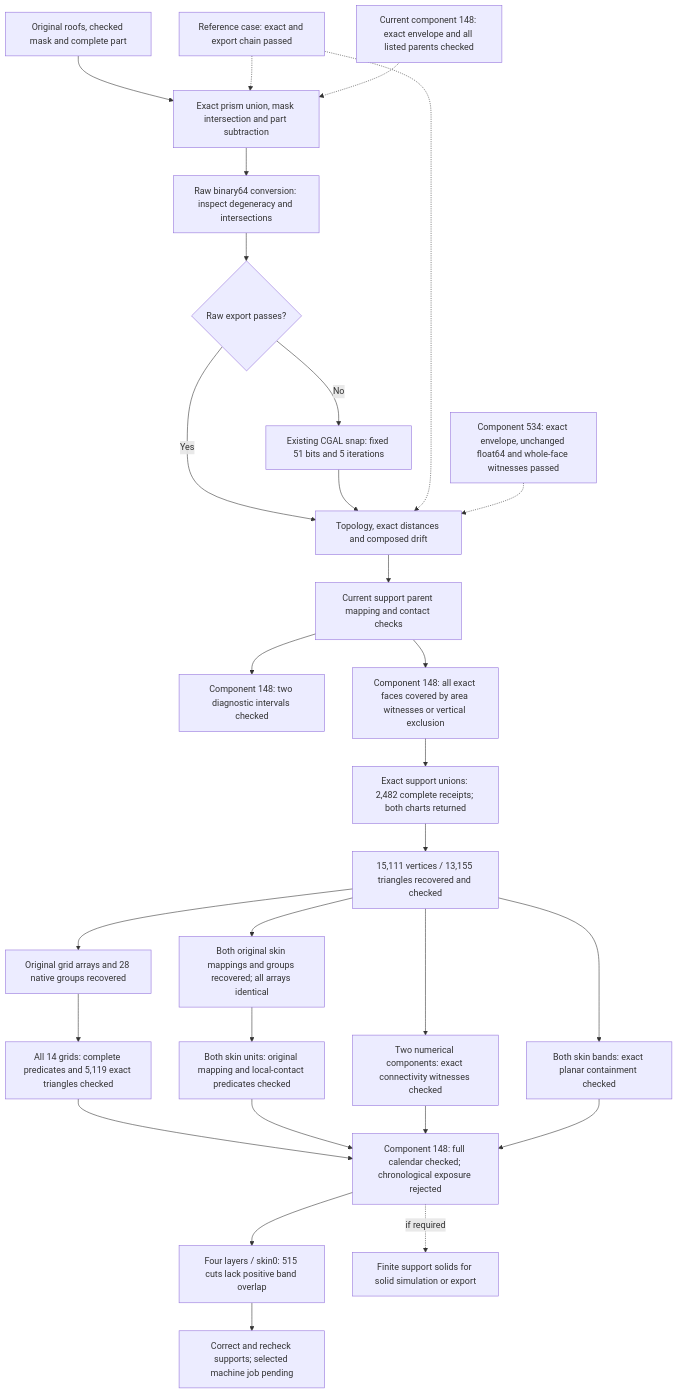
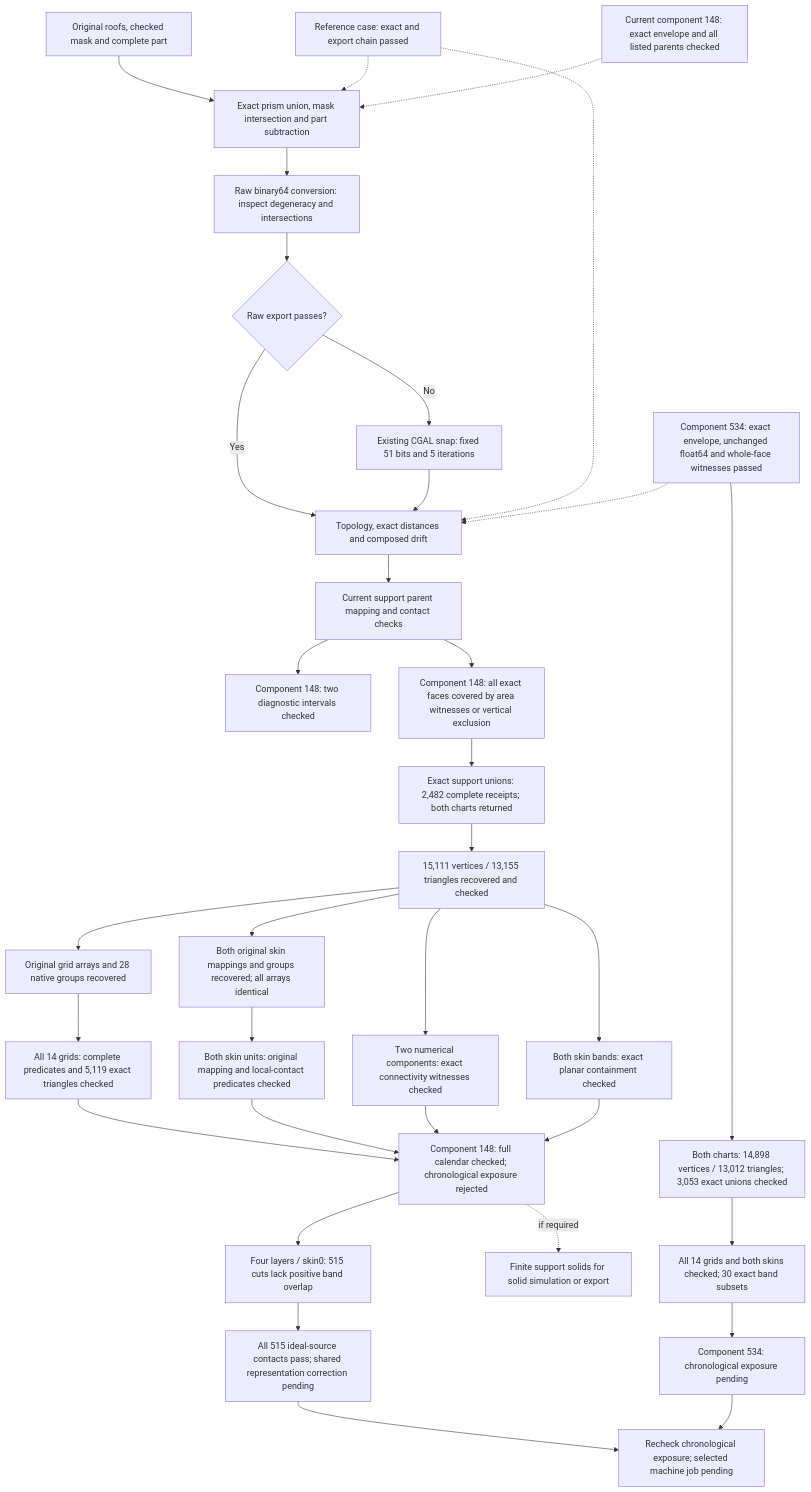
One commit to cluster2600/porscheparts changed the diagram in docs/reports/carrier-current-support-projection-20261107.md. Above: the diagram before and after it, drawn with Mermaid. The commit also changed other lines of this file and 7 other files, not shown here.

````diff
--- a/docs/reports/carrier-current-support-projection-20261107.md
+++ b/docs/reports/carrier-current-support-projection-20261107.md
@@ -755,31 +786,36 @@
 ```mermaid
 flowchart TB
     INPUT["Original roofs, checked mask and complete part"] --> EXACT["Exact prism union, mask intersection and part subtraction"]
     EXACT --> RAW["Raw binary64 conversion: inspect degeneracy and intersections"]
     RAW --> EXPORT{"Raw export passes?"}
     EXPORT -->|"No"| SNAP["Existing CGAL snap: fixed 51 bits and 5 iterations"]
     EXPORT -->|"Yes"| CHECK
     SNAP --> CHECK["Topology, exact distances and composed drift"]
     CHECK --> CONTACT["Current support parent mapping and contact checks"]
     CONTACT --> SECTION["Component 148: two diagnostic intervals checked"]
     CONTACT --> FULL["Component 148: all exact faces covered by area witnesses or vertical exclusion"]
     FULL --> UNIONS["Exact support unions: 2,482 complete receipts; both charts returned"]
     UNIONS --> SHEETS["15,111 vertices / 13,155 triangles recovered and checked"]
     SHEETS --> GRAPH["Two numerical components: exact connectivity witnesses checked"]
     SHEETS --> BAND["Both skin bands: exact planar containment checked"]
     SHEETS --> GRID["Original grid arrays and 28 native groups recovered"]
     SHEETS --> SKINS["Both original skin mappings and groups recovered; all arrays identical"]
     GRID --> UNITS["All 14 grids: complete predicates and 5,119 exact triangles checked"]
     UNITS --> MATERIAL
     SKINS --> SKINUNITS["Both skin units: original mapping and local-contact predicates checked"]
     SKINUNITS --> MATERIAL
     GRAPH --> MATERIAL["Component 148: full calendar checked; chronological exposure rejected"]
     BAND --> MATERIAL
     MATERIAL --> ISLANDS["Four layers / skin0: 515 cuts lack positive band overlap"]
-    ISLANDS --> JOB["Correct and recheck supports; selected machine job pending"]
+    ISLANDS --> SOURCECONTACT["All 515 ideal-source contacts pass; shared representation correction pending"]
+    SOURCECONTACT --> JOB["Recheck chronological exposure; selected machine job pending"]
     MATERIAL -. if required .-> SOLID["Finite support solids for solid simulation or export"]
     CONTROL["Reference case: exact and export chain passed"] -.-> EXACT
     CONTROL -.-> CHECK
     CURRENT["Current component 148: exact envelope and all listed parents checked"] -.-> EXACT
     CURRENT534["Component 534: exact envelope, unchanged float64 and whole-face witnesses passed"] -.-> CHECK
+    CURRENT534 --> SHEETS534["Both charts: 14,898 vertices / 13,012 triangles; 3,053 exact unions checked"]
+    SHEETS534 --> UNITS534["All 14 grids and both skins checked; 30 exact band subsets"]
+    UNITS534 --> EXPOSURE534["Component 534: chronological exposure pending"]
+    EXPOSURE534 --> JOB
 ```
````
